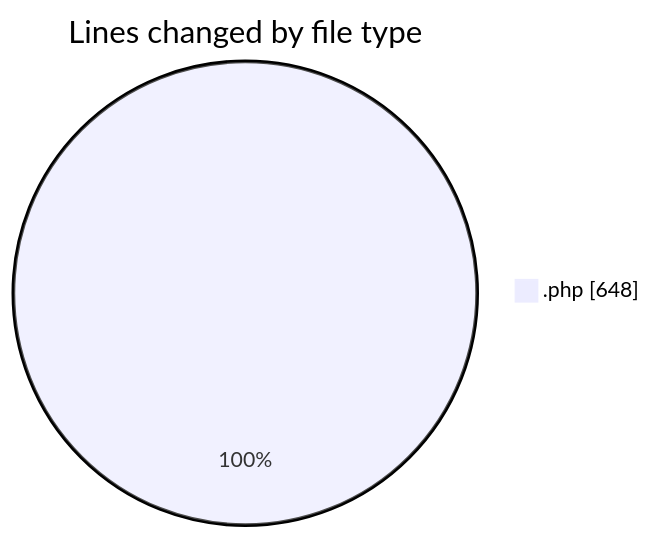
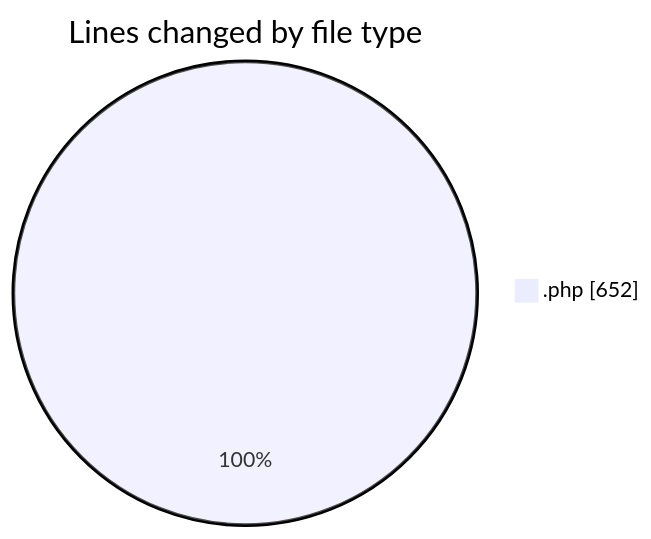
One commit to LanceThiago/code-tracking changed the first of 2 diagrams in 2025-10-03/totem2/README.md. Above: the diagram before and after it, drawn with Mermaid. The commit also changed other lines of this file and 1 other file, not shown here.

````diff
--- a/2025-10-03/totem2/README.md
+++ b/2025-10-03/totem2/README.md
@@ -21,5 +21,5 @@
 ```mermaid
 pie showData
 title Lines changed by file type
-".php" : 648
+".php" : 652
 ```
````
